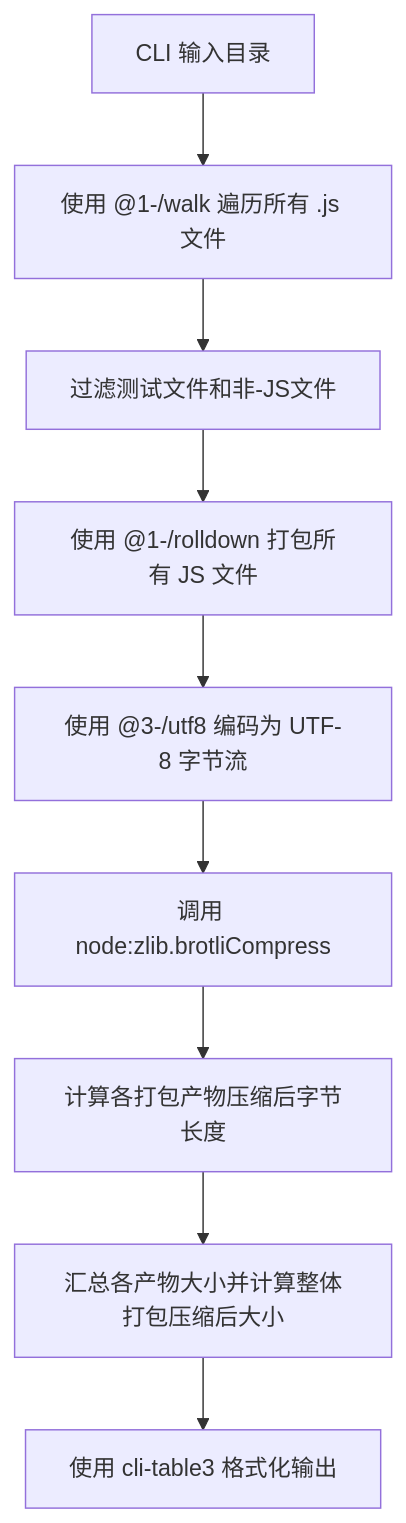
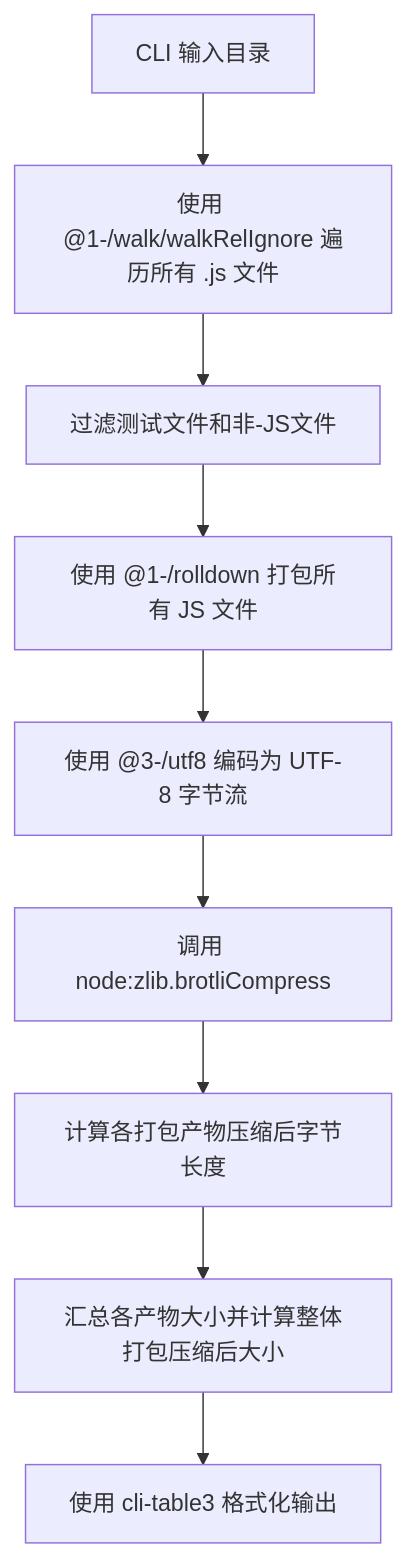
Before and after one commit to webc-site/npm: the diagram in minify_size/readme/zh/README.md, drawn with Mermaid. The commit also changed other lines of this file and 4 other files, not shown here.

````diff
--- a/minify_size/readme/zh/README.md
+++ b/minify_size/readme/zh/README.md
@@ -44,11 +44,11 @@
 ```mermaid
 graph TD
-    A[CLI 输入目录] --> B[使用 @1-/walk 遍历所有 .js 文件]
+    A[CLI 输入目录] --> B[使用 @1-/walk/walkRelIgnore 遍历所有 .js 文件]
     B --> C[过滤测试文件和非-JS文件]
     C --> D[使用 @1-/rolldown 打包所有 JS 文件]
     D --> E[使用 @3-/utf8 编码为 UTF-8 字节流]
     E --> F[调用 node:zlib.brotliCompress]
     F --> G[计算各打包产物压缩后字节长度]
     G --> H[汇总各产物大小并计算整体打包压缩后大小]
     H --> I[使用 cli-table3 格式化输出]
 ```
````
